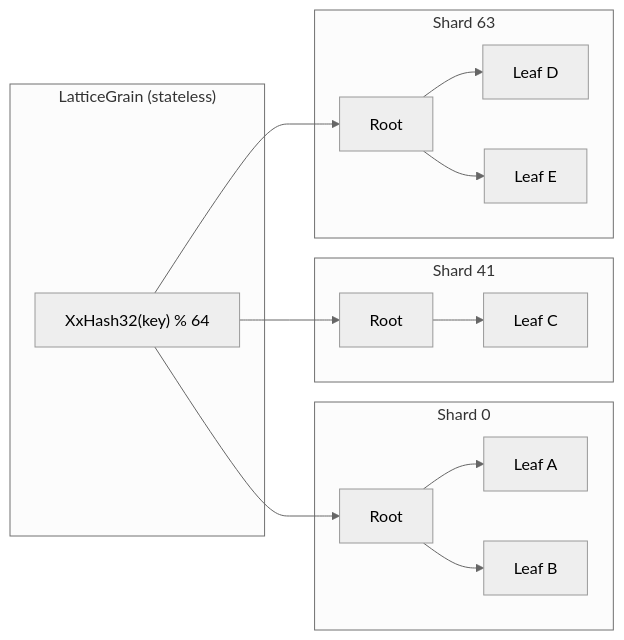
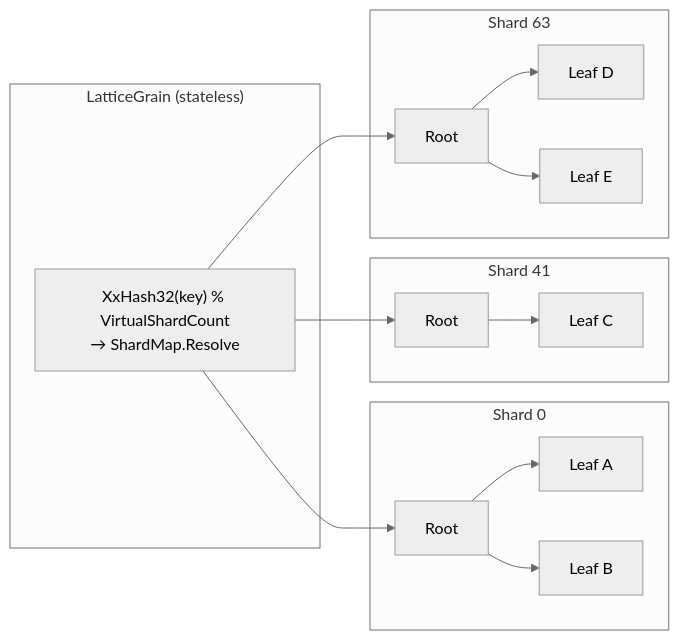
Before and after one commit to NSTA1/Orleans.Lattice: the second of 3 diagrams in docs/architecture.md, drawn with Mermaid (neutral theme). The commit also changed other lines of this file and 5 other files, not shown here.

````diff
--- a/docs/architecture.md
+++ b/docs/architecture.md
@@ -57,24 +57,24 @@
 ```mermaid
 flowchart LR
     subgraph Router["LatticeGrain (stateless)"]
-        H["XxHash32(key) % 64"]
+        H["XxHash32(key) % VirtualShardCount<br/>→ ShardMap.Resolve"]
     end
 
     subgraph Shard0["Shard 0"]
         R0[Root] --> LA[Leaf A]
         R0 --> LB[Leaf B]
     end
 
     subgraph Shard41["Shard 41"]
         R41[Root] --> LC[Leaf C]
     end
 
     subgraph Shard63["Shard 63"]
         R63[Root] --> LD[Leaf D]
         R63 --> LE[Leaf E]
     end
 
     H --> R0
     H --> R41
     H --> R63
 ```
````
